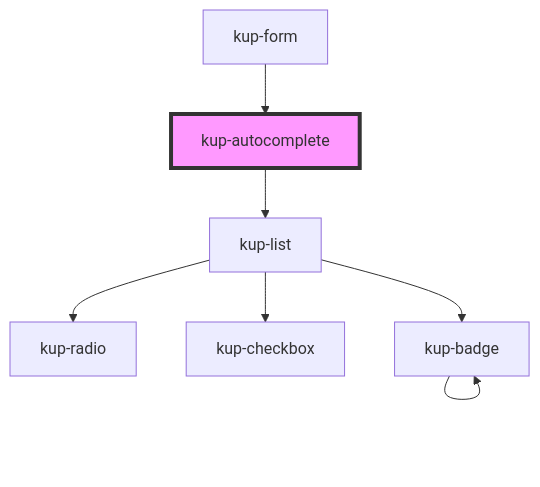
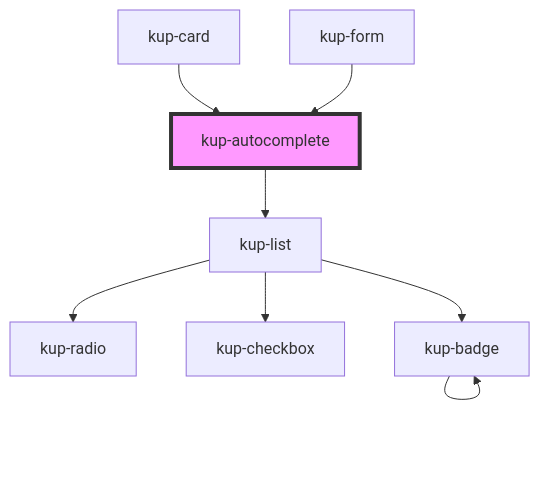
The diagram in packages/ketchup/src/components/kup-autocomplete/readme.md (smeup/ketchup), drawn with Mermaid before and after one commit. The commit also changed other lines of this file and 12 other files, not shown here.

````diff
--- a/packages/ketchup/src/components/kup-autocomplete/readme.md
+++ b/packages/ketchup/src/components/kup-autocomplete/readme.md
@@ -100,10 +101,11 @@
 ```mermaid
 graph TD;
   kup-autocomplete --> kup-list
   kup-list --> kup-radio
   kup-list --> kup-checkbox
   kup-list --> kup-badge
   kup-badge --> kup-badge
+  kup-card --> kup-autocomplete
   kup-form --> kup-autocomplete
   style kup-autocomplete fill:#f9f,stroke:#333,stroke-width:4px
 ```
````
